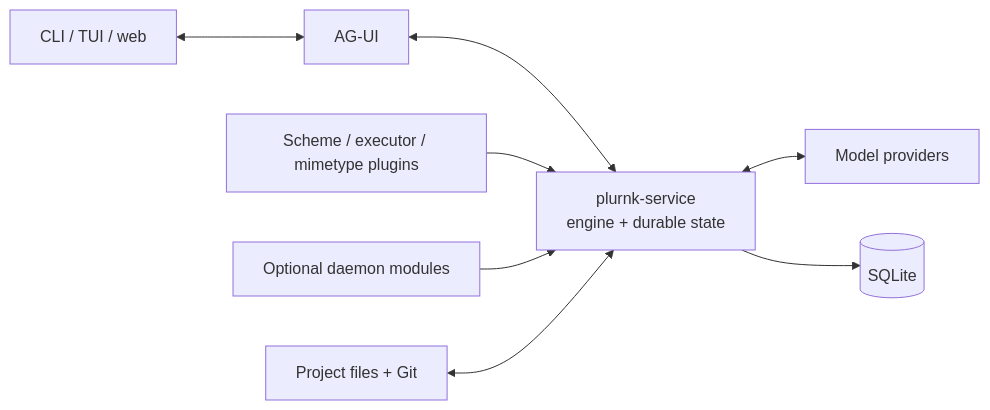
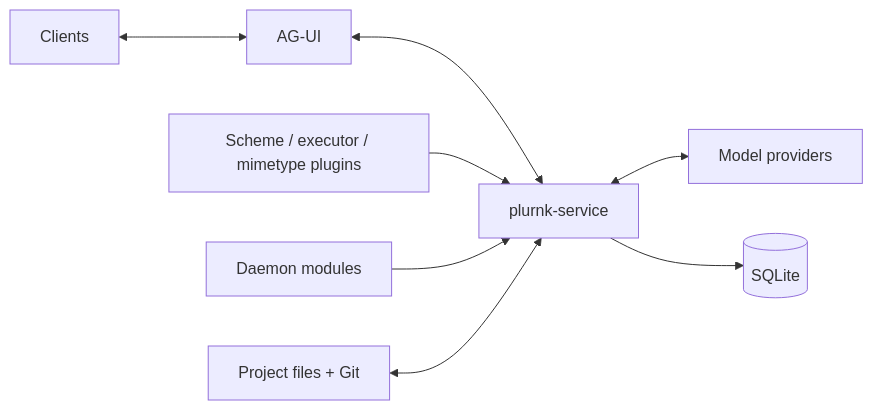
One commit to plurnk/plurnk-service changed the diagram in README.md. Above: the diagram before and after it, drawn with Mermaid. The commit also changed other lines of this file and 1 other file, not shown here.

````diff
--- a/README.md
+++ b/README.md
@@ -36,10 +19,10 @@
 ```mermaid
 flowchart LR
-    clients["CLI / TUI / web"] <--> agui["AG-UI"]
-    agui <--> core["plurnk-service<br/>engine + durable state"]
+    clients["Clients"] <--> agui["AG-UI"]
+    agui <--> core["plurnk-service"]
     core <--> providers["Model providers"]
     plugins["Scheme / executor / mimetype plugins"] --> core
-    modules["Optional daemon modules"] --> core
+    modules["Daemon modules"] --> core
     project["Project files + Git"] <--> core
     core --> sqlite[(SQLite)]
 ```
````
